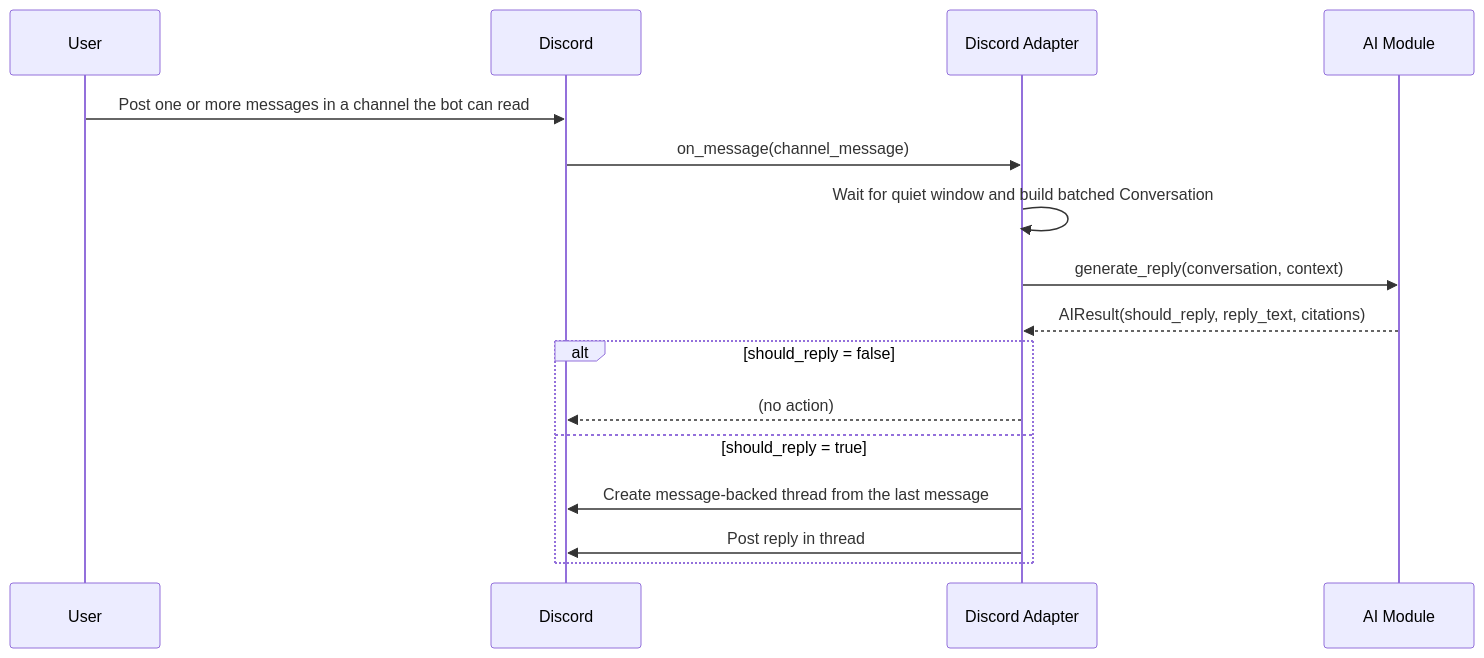
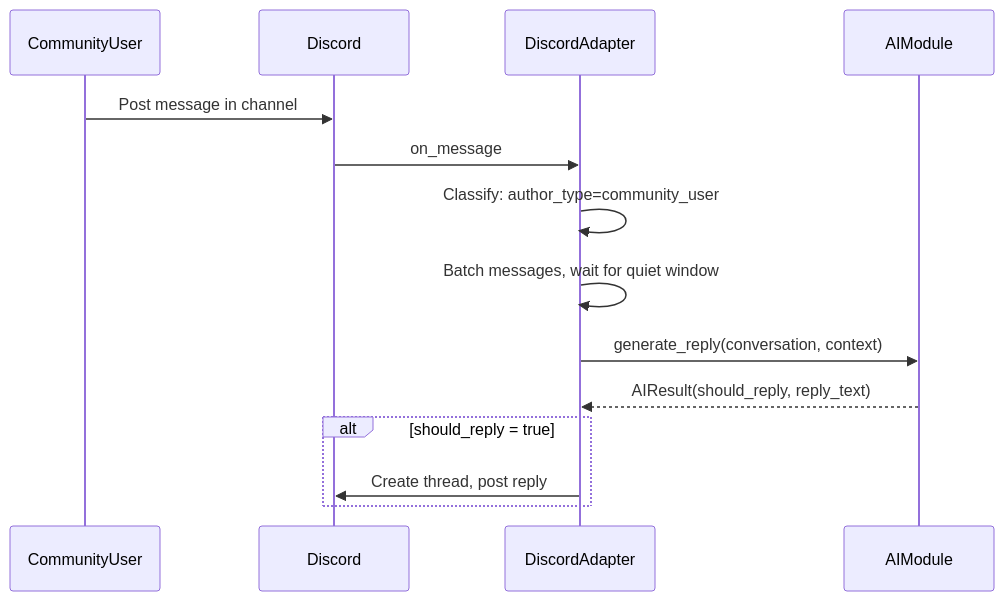
The second of 4 diagrams in docs/module-bot-integration.md (crynux-network/discord-intern), drawn with Mermaid before and after one commit. The commit also changed other lines of this file and 5 other files, not shown here.

````diff
--- a/docs/module-bot-integration.md
+++ b/docs/module-bot-integration.md
@@ -165,19 +357,17 @@
 ```mermaid
 sequenceDiagram
-  participant U as User
+  participant U as CommunityUser
   participant D as Discord
-  participant A as Discord Adapter
-  participant AI as AI Module
+  participant A as DiscordAdapter
+  participant AI as AIModule
 
-  U->>D: Post one or more messages in a channel the bot can read
-  D->>A: on_message(channel_message)
-  A->>A: Wait for quiet window and build batched Conversation
+  U->>D: Post message in channel
+  D->>A: on_message
+  A->>A: Classify: author_type=community_user
+  A->>A: Batch messages, wait for quiet window
   A->>AI: generate_reply(conversation, context)
-  AI-->>A: AIResult(should_reply, reply_text, citations)
-  alt should_reply = false
-    A-->>D: (no action)
-  else should_reply = true
-    A->>D: Create message-backed thread from the last message
-    A->>D: Post reply in thread
+  AI-->>A: AIResult(should_reply, reply_text)
+  alt should_reply = true
+    A->>D: Create thread, post reply
   end
 ```
````
